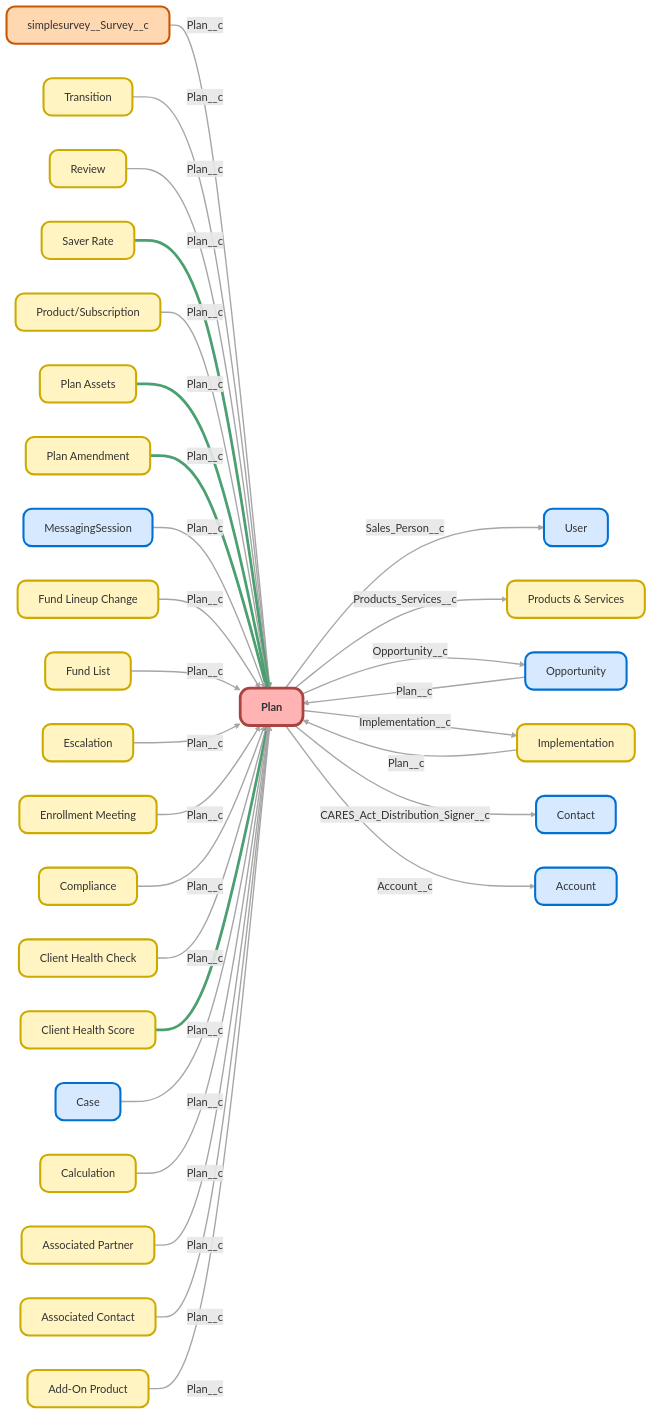
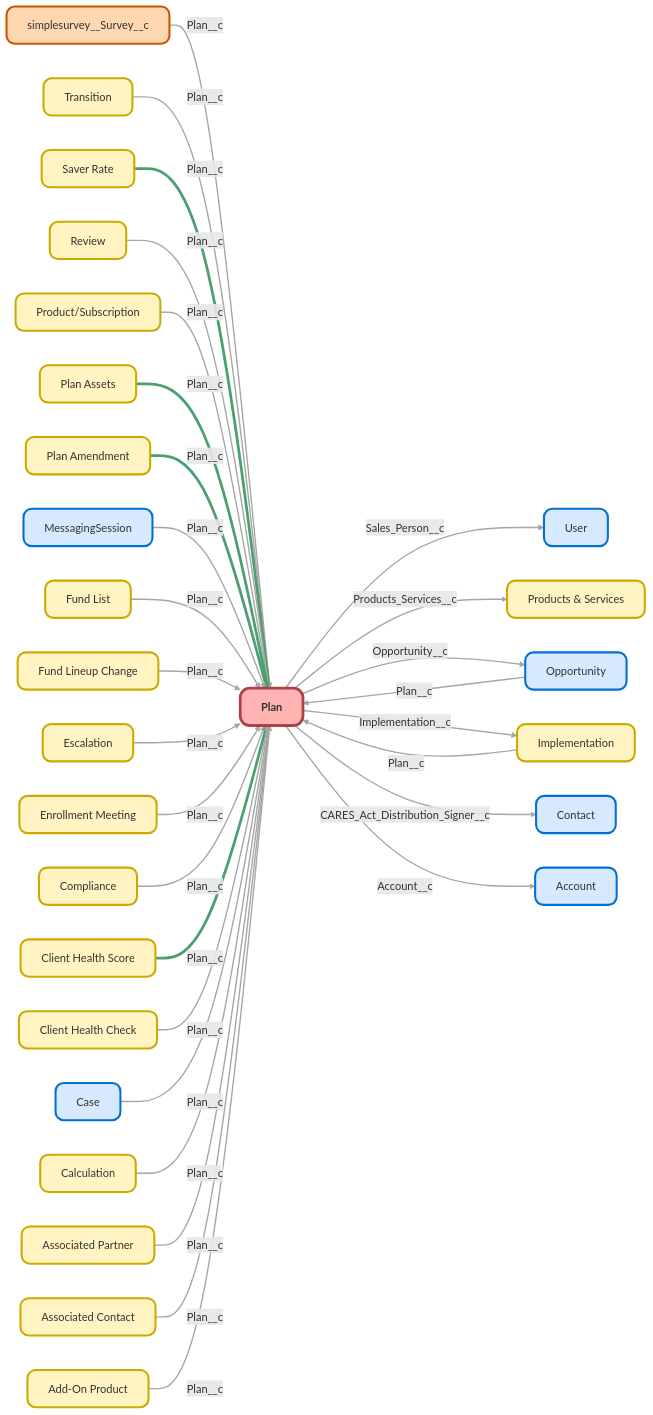
The diagram in docs/objects/Plan__c.md (moechapa/ubiquity-org-monitoring), drawn with Mermaid before and after one commit. The commit also changed 46 other files, not shown here.

````diff
--- a/docs/objects/Plan__c.md
+++ b/docs/objects/Plan__c.md
@@ -13,24 +13,24 @@
 graph LR
 simplesurvey__Survey__c["simplesurvey__Survey__c"]:::customObjectManaged
 click simplesurvey__Survey__c "/objects/simplesurvey__Survey__c/"
+Transition__c["Transition"]:::customObject
+click Transition__c "/objects/Transition__c/"
 User["User"]:::object
 click User "/objects/User/"
-Transition__c["Transition"]:::customObject
-click Transition__c "/objects/Transition__c/"
+Saver_Rate__c["Saver Rate"]:::customObject
+click Saver_Rate__c "/objects/Saver_Rate__c/"
 Reviews__c["Review"]:::customObject
 click Reviews__c "/objects/Reviews__c/"
-Saver_Rate__c["Saver Rate"]:::customObject
-click Saver_Rate__c "/objects/Saver_Rate__c/"
 Products_Services__c["Products & Services"]:::customObject
 click Products_Services__c "/objects/Products_Services__c/"
 Product_Subscription__c["Product/Subscription"]:::customObject
 click Product_Subscription__c "/objects/Product_Subscription__c/"
 Plan__c["Plan"]:::mainObject
 click Plan__c "/objects/Plan__c/"
+Plan_Assets__c["Plan Assets"]:::customObject
+click Plan_Assets__c "/objects/Plan_Assets__c/"
 Plan_Amendment__c["Plan Amendment"]:::customObject
 click Plan_Amendment__c "/objects/Plan_Amendment__c/"
-Plan_Assets__c["Plan Assets"]:::customObject
-click Plan_Assets__c "/objects/Plan_Assets__c/"
 Opportunity["Opportunity"]:::object
 click Opportunity "/objects/Opportunity/"
 MessagingSession["MessagingSession"]:::object
@@ -68,27 +68,27 @@
 
 simplesurvey__Survey__c -->|Plan__c| Plan__c
 Transition__c -->|Plan__c| Plan__c
+Saver_Rate__c ==>|Plan__c| Plan__c
 Reviews__c -->|Plan__c| Plan__c
-Saver_Rate__c ==>|Plan__c| Plan__c
 Product_Subscription__c -->|Plan__c| Plan__c
 Plan_Assets__c ==>|Plan__c| Plan__c
+Plan_Amendment__c ==>|Plan__c| Plan__c
 Plan__c -->|Sales_Person__c| User
 Plan__c -->|Products_Services__c| Products_Services__c
 Plan__c -->|Opportunity__c| Opportunity
 Plan__c -->|Implementation__c| Implementation__c
 Plan__c -->|CARES_Act_Distribution_Signer__c| Contact
 Plan__c -->|Account__c| Account
-Plan_Amendment__c ==>|Plan__c| Plan__c
 Opportunity -->|Plan__c| Plan__c
 MessagingSession -->|Plan__c| Plan__c
 Implementation__c -->|Plan__c| Plan__c
+Fund_List__c -->|Plan__c| Plan__c
 Fund_Lineup_Change__c -->|Plan__c| Plan__c
-Fund_List__c -->|Plan__c| Plan__c
 Escalation__c -->|Plan__c| Plan__c
 Enrollment_Meeting__c -->|Plan__c| Plan__c
 Compliance__c -->|Plan__c| Plan__c
+Client_Health_Score__c ==>|Plan__c| Plan__c
 Client_Health_Check__c -->|Plan__c| Plan__c
-Client_Health_Score__c ==>|Plan__c| Plan__c
 Case -->|Plan__c| Plan__c
 Calculation__c -->|Plan__c| Plan__c
 Associated_Partner__c -->|Plan__c| Plan__c
@@ -99,7 +99,7 @@
 classDef customObject fill:#FFF4C2,stroke:#CCAA00,stroke-width:3px,rx:12px,ry:12px,shadow:drop,color:#333;
 classDef customObjectManaged fill:#FFD8B2,stroke:#CC5500,stroke-width:3px,rx:12px,ry:12px,shadow:drop,color:#333;
 classDef mainObject fill:#FFB3B3,stroke:#A94442,stroke-width:4px,rx:14px,ry:14px,shadow:drop,color:#333,font-weight:bold;
-linkStyle 3,5,12,22 stroke:#4C9F70,stroke-width:4px;
-linkStyle 0,1,2,4,6,7,8,9,10,11,13,14,15,16,17,18,19,20,21,23,24,25,26,27 stroke:#A6A6A6,stroke-width:2px;
+linkStyle 2,5,6,21 stroke:#4C9F70,stroke-width:4px;
+linkStyle 0,1,3,4,7,8,9,10,11,12,13,14,15,16,17,18,19,20,22,23,24,25,26,27 stroke:#A6A6A6,stroke-width:2px;
 
 ```
````
